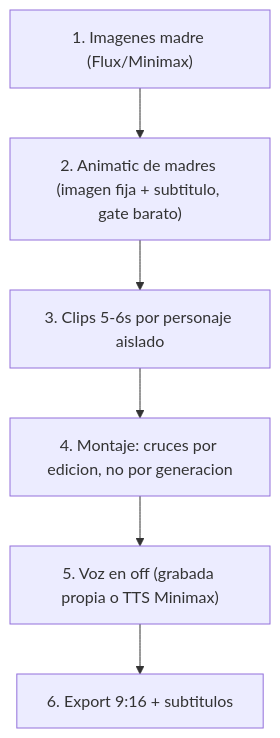
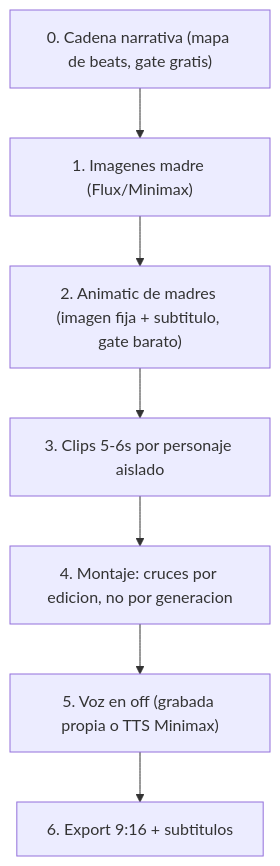
The diagram in metodo/pipeline.md (jorgeeferreyra/entorno_audiovisual_creativo), drawn with Mermaid before and after one commit. The commit also changed other lines of this file and 5 other files, not shown here.

````diff
--- a/metodo/pipeline.md
+++ b/metodo/pipeline.md
@@ -19,8 +19,9 @@
 ```mermaid
 flowchart TD
-    A["1. Imagenes madre (Flux/Minimax)"] --> A2["2. Animatic de madres (imagen fija + subtitulo, gate barato)"]
+    A0["0. Cadena narrativa (mapa de beats, gate gratis)"] --> A["1. Imagenes madre (Flux/Minimax)"]
+    A --> A2["2. Animatic de madres (imagen fija + subtitulo, gate barato)"]
     A2 --> B["3. Clips 5-6s por personaje aislado"]
     B --> C["4. Montaje: cruces por edicion, no por generacion"]
     C --> D["5. Voz en off (grabada propia o TTS Minimax)"]
     D --> E["6. Export 9:16 + subtitulos"]
 ```
````
